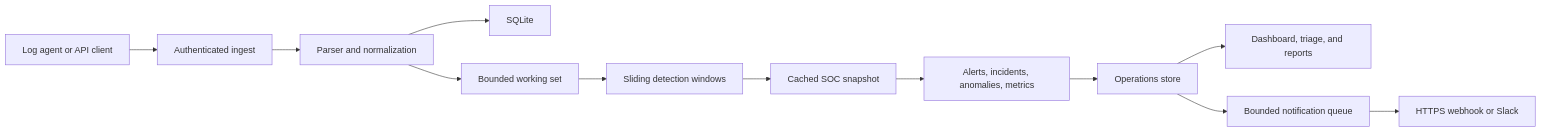
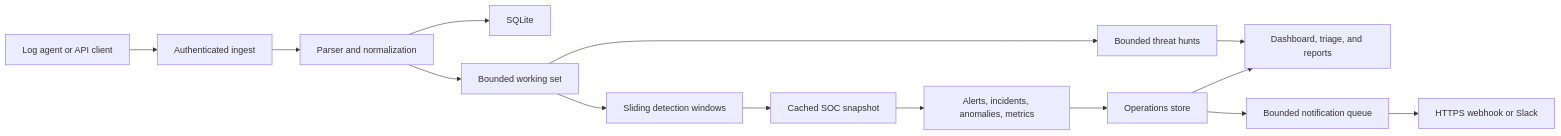
Before and after one commit to Adam-Ghanem/ai-siem: the diagram in docs/architecture.md, drawn with Mermaid. The commit also changed other lines of this file and 13 other files, not shown here.

````diff
--- a/docs/architecture.md
+++ b/docs/architecture.md
@@ -20,14 +21,16 @@
 ```mermaid
 flowchart LR
     A[Log agent or API client] --> B[Authenticated ingest]
     B --> C[Parser and normalization]
     C --> D[SQLite]
     C --> E[Bounded working set]
     E --> F[Sliding detection windows]
     F --> G[Cached SOC snapshot]
     G --> H[Alerts, incidents, anomalies, metrics]
+    E --> M[Bounded threat hunts]
     H --> I[Operations store]
     I --> J[Dashboard, triage, and reports]
+    M --> J
     I --> K[Bounded notification queue]
     K --> L[HTTPS webhook or Slack]
 ```
````
